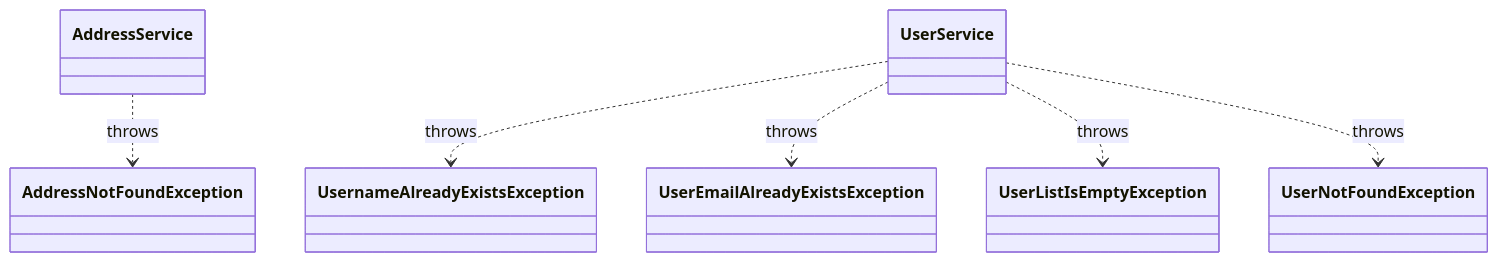
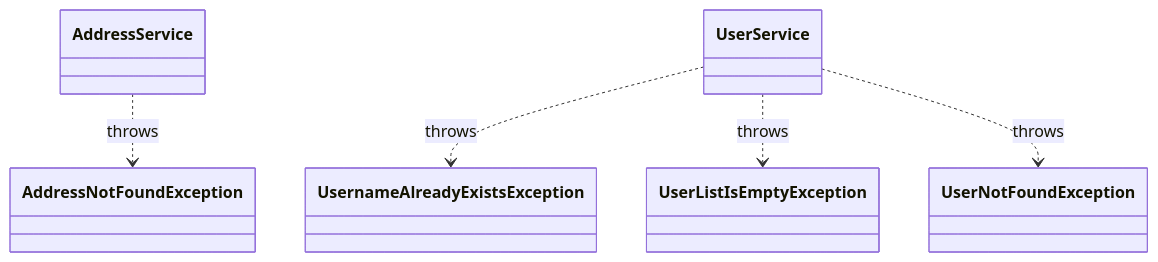
One commit to Gabrielsoac/user-api changed the fourth of 4 diagrams in README.md. Above: the diagram before and after it, drawn with Mermaid. The commit also changed other lines of this file, not shown here.

````diff
--- a/README.md
+++ b/README.md
@@ -107,17 +108,15 @@
 ```mermaid
 classDiagram
     %% Exceptions
     class AddressNotFoundException
     class UsernameAlreadyExistsException
-    class UserEmailAlreadyExistsException
     class UserListIsEmptyException
     class UserNotFoundException
 
     %% Relationships with Services
     AddressService ..> AddressNotFoundException : throws
     UserService ..> UsernameAlreadyExistsException : throws
-    UserService ..> UserEmailAlreadyExistsException : throws
     UserService ..> UserListIsEmptyException : throws
     UserService ..> UserNotFoundException : throws
 
 ```
````
